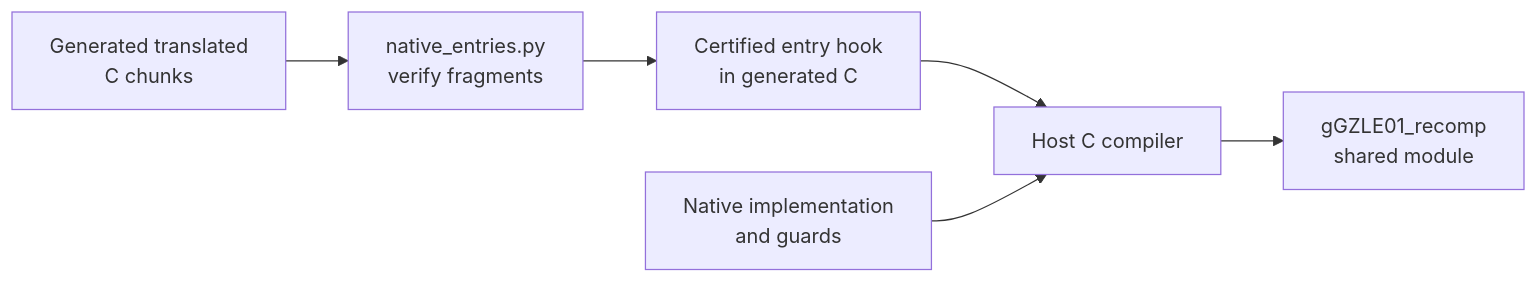
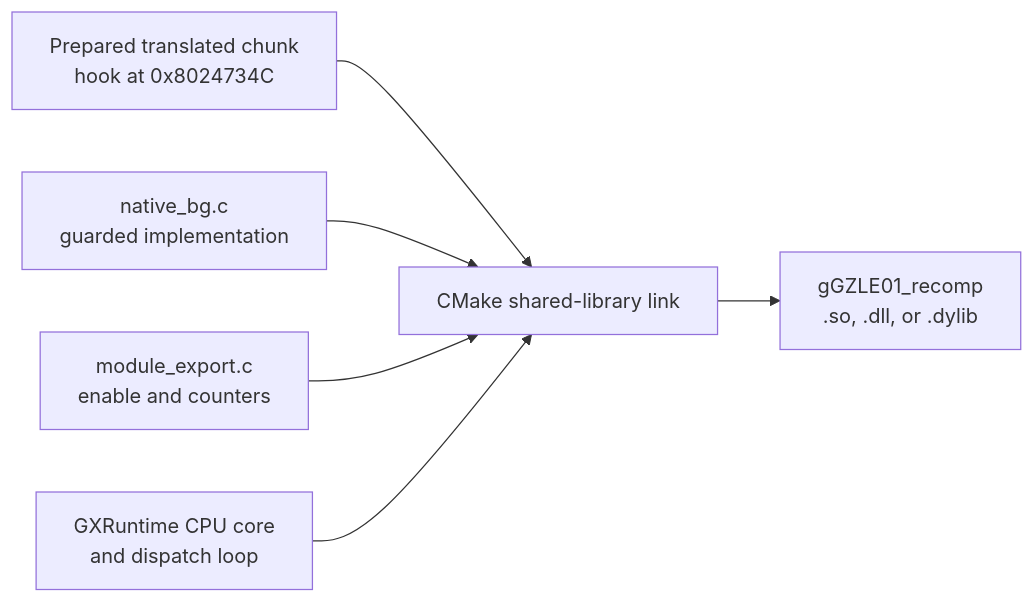
Before and after one commit to Aelbannan/boat_of_daphnes: the fourth of 6 diagrams in docs/architecture/NativeRoutines.md, drawn with Mermaid. The commit also changed other lines of this file, not shown here.

Commit message:
docs: ground native build integration

````diff
--- a/docs/architecture/NativeRoutines.md
+++ b/docs/architecture/NativeRoutines.md
@@ -65,12 +141,15 @@
 ```mermaid
 flowchart LR
-    Translation["Generated translated<br/>C chunks"]
-    Certifier["native_entries.py<br/>verify fragments"]
-    Hooked["Certified entry hook<br/>in generated C"]
-    NativeSource["Native implementation<br/>and guards"]
-    Compiler["Host C compiler"]
-    Module["gGZLE01_recomp<br/>shared module"]
+    Chunk["Prepared translated chunk<br/>hook at 0x8024734C"]
+    NativeBg["native_bg.c<br/>guarded implementation"]
+    Runtime["module_export.c<br/>enable and counters"]
+    Core["GXRuntime CPU core<br/>and dispatch loop"]
+    Link["CMake shared-library link"]
+    Output["gGZLE01_recomp<br/>.so, .dll, or .dylib"]
 
-    Translation --> Certifier --> Hooked --> Compiler
-    NativeSource --> Compiler --> Module
+    Chunk --> Link
+    NativeBg --> Link
+    Runtime --> Link
+    Core --> Link
+    Link --> Output
 ```
````
